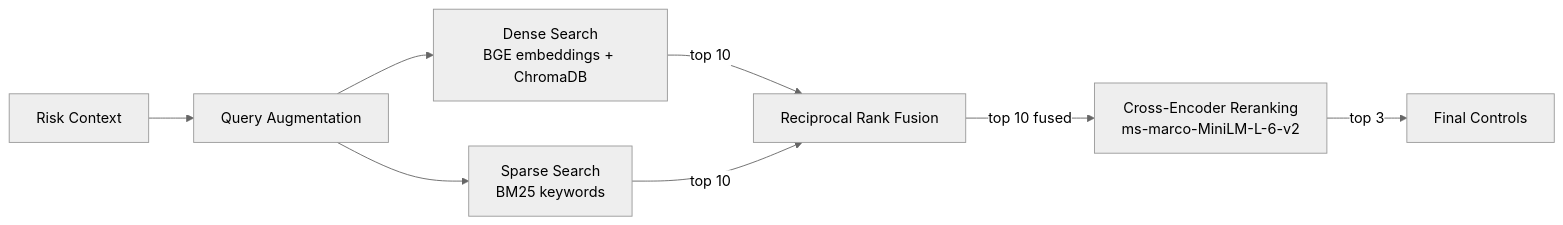
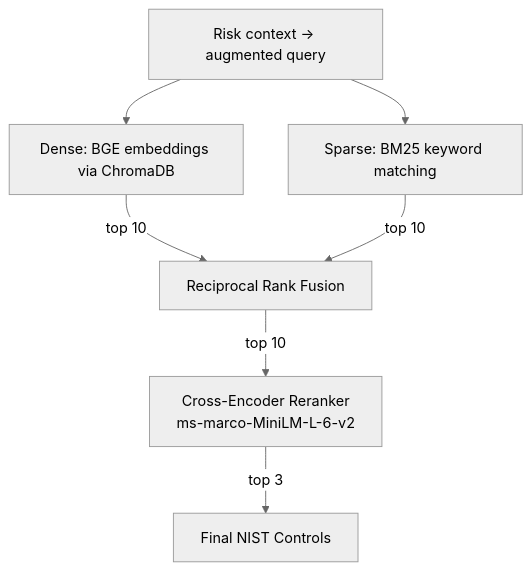
Before and after one commit to Yashraj0906/cyber-risk-assistant: the second of 2 diagrams in README.md, drawn with Mermaid (neutral theme). The commit also changed other lines of this file, not shown here.

````diff
--- a/README.md
+++ b/README.md
@@ -97,10 +91,9 @@
 ```mermaid
-graph LR
-    Q[Risk Context] --> QA[Query Augmentation]
-    QA --> D[Dense Search<br/>BGE embeddings + ChromaDB]
-    QA --> S[Sparse Search<br/>BM25 keywords]
-    D --> |top 10| RRF[Reciprocal Rank Fusion]
-    S --> |top 10| RRF
-    RRF --> |top 10 fused| CR[Cross-Encoder Reranking<br/>ms-marco-MiniLM-L-6-v2]
-    CR --> |top 3| R[Final Controls]
+graph TD
+    Q[Risk context → augmented query] --> D[Dense: BGE embeddings via ChromaDB]
+    Q --> S[Sparse: BM25 keyword matching]
+    D --> |top 10| F[Reciprocal Rank Fusion]
+    S --> |top 10| F
+    F --> |top 10| R[Cross-Encoder Reranker<br/>ms-marco-MiniLM-L-6-v2]
+    R --> |top 3| OUT[Final NIST Controls]
 ```
````
